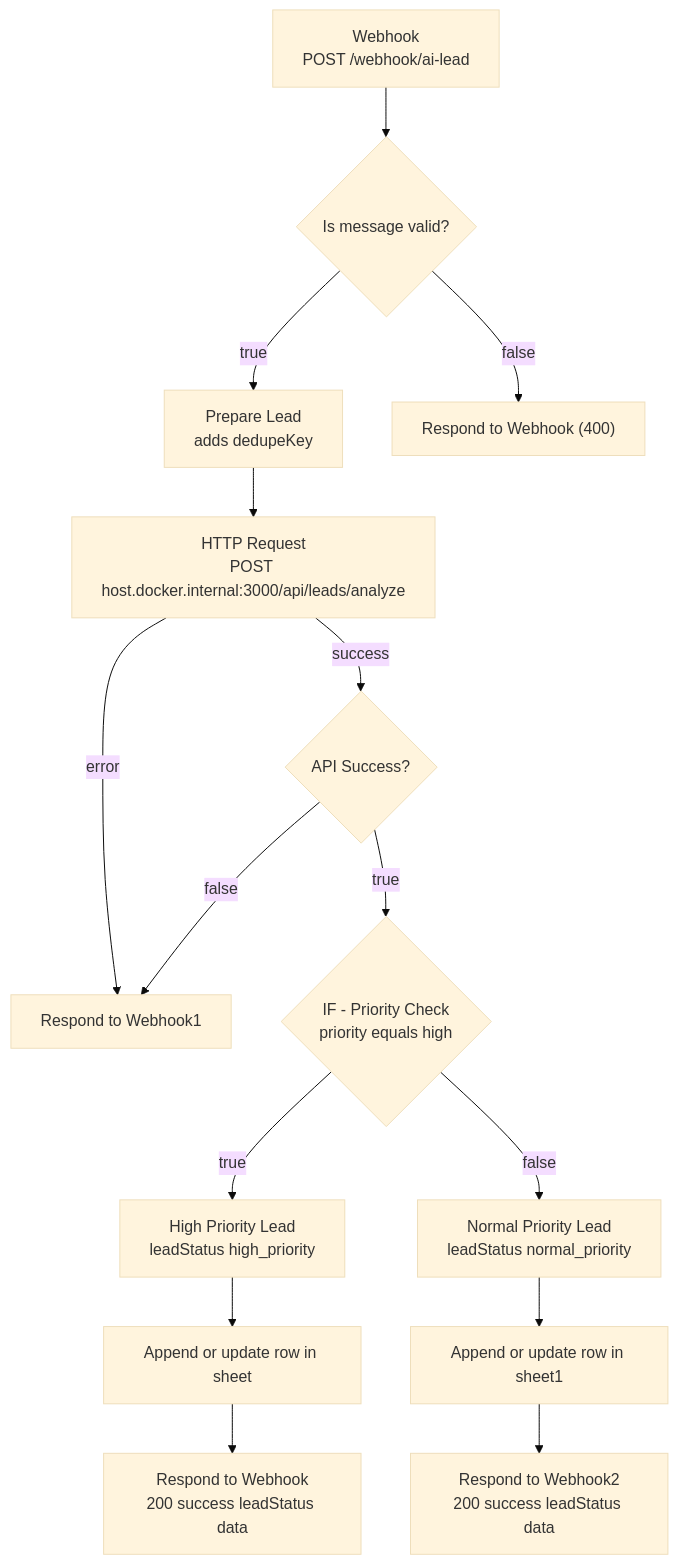
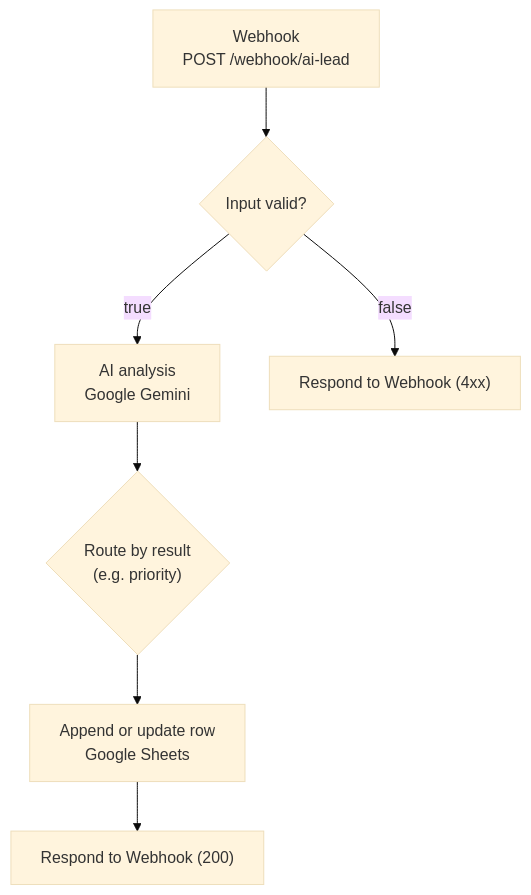
One commit to mahmudulkarim420/Ai-Lead-Tracker-Automation changed the diagram in workflows/README.md. Above: the diagram before and after it, drawn with Mermaid (base theme). The commit also changed other lines of this file and 15 other files, not shown here.

````diff
--- a/workflows/README.md
+++ b/workflows/README.md
@@ -33,17 +39,9 @@
 ```mermaid
 flowchart TD
-  W["Webhook<br/>POST /webhook/ai-lead"] --> V{"Is message valid?"}
-  V -->|"true"| P["Prepare Lead<br/>adds dedupeKey"]
-  V -->|"false"| R400["Respond to Webhook (400)"]
-  P --> H["HTTP Request<br/>POST host.docker.internal:3000/api/leads/analyze"]
-  H -->|"success"| S{"API Success?"}
-  H -->|"error"| R500["Respond to Webhook1"]
-  S -->|"true"| PRI{"IF - Priority Check<br/>priority equals high"}
-  S -->|"false"| R500
-  PRI -->|"true"| HP["High Priority Lead<br/>leadStatus high_priority"]
-  PRI -->|"false"| NP["Normal Priority Lead<br/>leadStatus normal_priority"]
-  HP --> GS1["Append or update row in sheet"]
-  NP --> GS2["Append or update row in sheet1"]
-  GS1 --> RS1["Respond to Webhook<br/>200 success leadStatus data"]
-  GS2 --> RS2["Respond to Webhook2<br/>200 success leadStatus data"]
+  W["Webhook<br/>POST /webhook/ai-lead"] --> V{"Input valid?"}
+  V -->|"true"| G["AI analysis<br/>Google Gemini"]
+  V -->|"false"| R400["Respond to Webhook (4xx)"]
+  G --> P{"Route by result<br/>(e.g. priority)"}
+  P --> GS["Append or update row<br/>Google Sheets"]
+  GS --> R200["Respond to Webhook (200)"]
 ```
````
